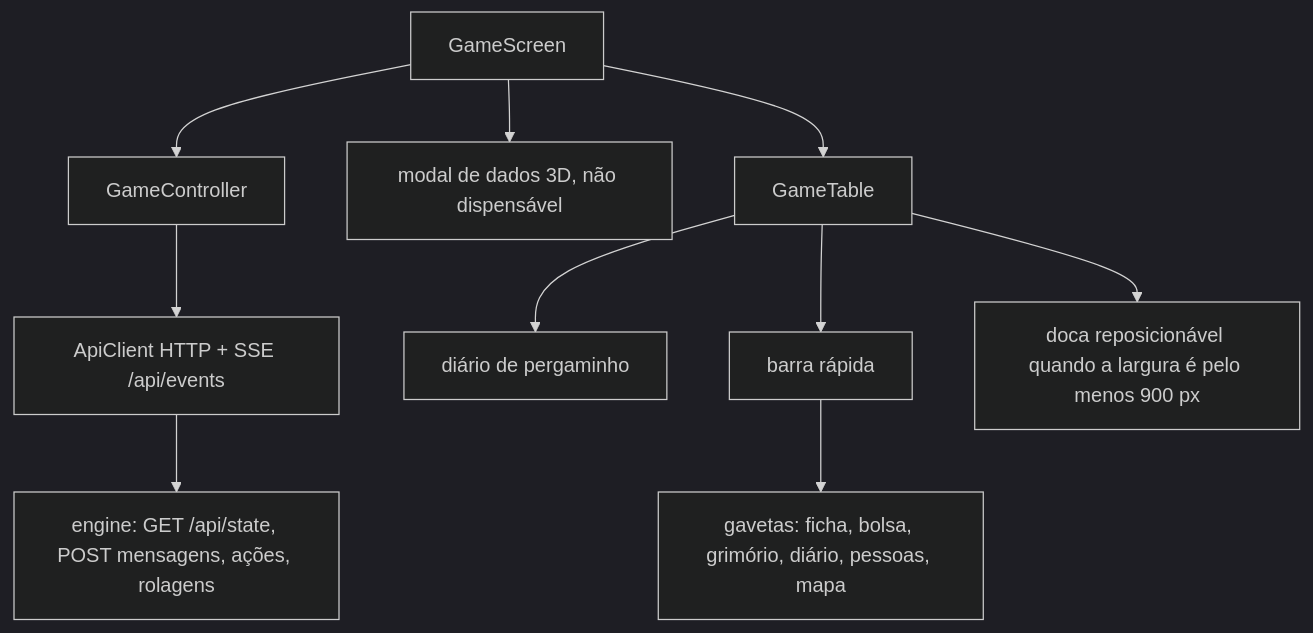
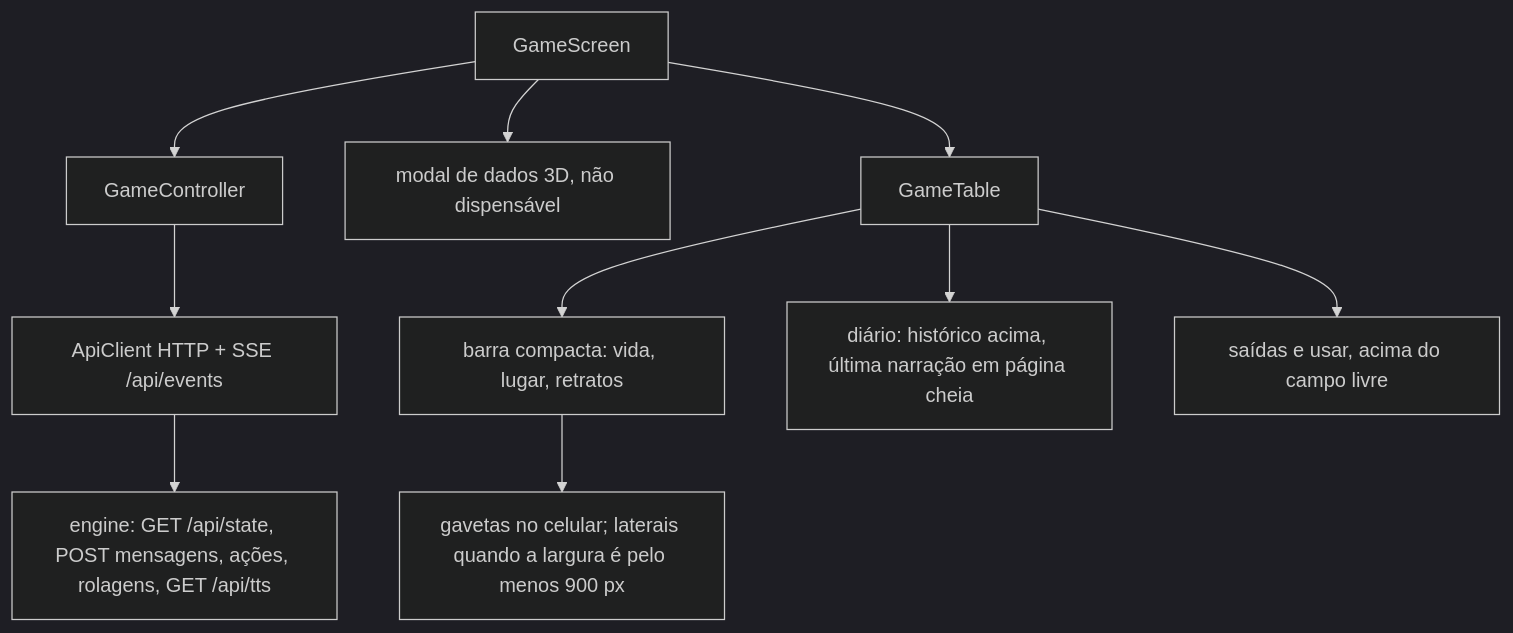
Before and after one commit to edsoncantuaria/dndai: the first of 6 diagrams in docs/DESIGN_FRONTEND.md, drawn with Mermaid (dark theme). The commit also changed other lines of this file and 14 other files, not shown here.

First line of the commit message:
feat(app): a narração ocupa a página da mesa

````diff
--- a/docs/DESIGN_FRONTEND.md
+++ b/docs/DESIGN_FRONTEND.md
@@ -15,12 +15,12 @@
 ```mermaid
 flowchart TB
   GameScreen --> Controller[GameController]
   Controller --> Api["ApiClient HTTP + SSE /api/events"]
-  Api --> Engine["engine: GET /api/state, POST mensagens, ações, rolagens"]
+  Api --> Engine["engine: GET /api/state, POST mensagens, ações, rolagens, GET /api/tts"]
   GameScreen --> Roll["modal de dados 3D, não dispensável"]
   GameScreen --> Table[GameTable]
-  Table --> Journal["diário de pergaminho"]
-  Table --> Bar["barra rápida"]
-  Bar --> Drawers["gavetas: ficha, bolsa, grimório, diário, pessoas, mapa"]
-  Table --> Dock["doca reposicionável quando a largura é pelo menos 900 px"]
+  Table --> Strip["barra compacta: vida, lugar, retratos"]
+  Table --> Journal["diário: histórico acima, última narração em página cheia"]
+  Table --> Actions["saídas e usar, acima do campo livre"]
+  Strip --> Drawers["gavetas no celular; laterais quando a largura é pelo menos 900 px"]
 ```
````
